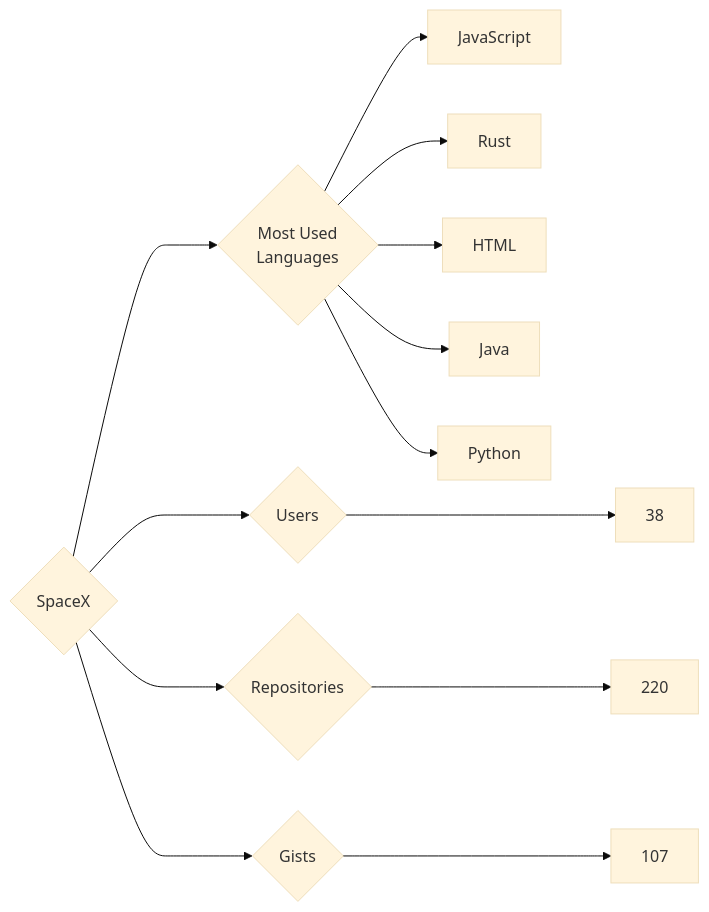
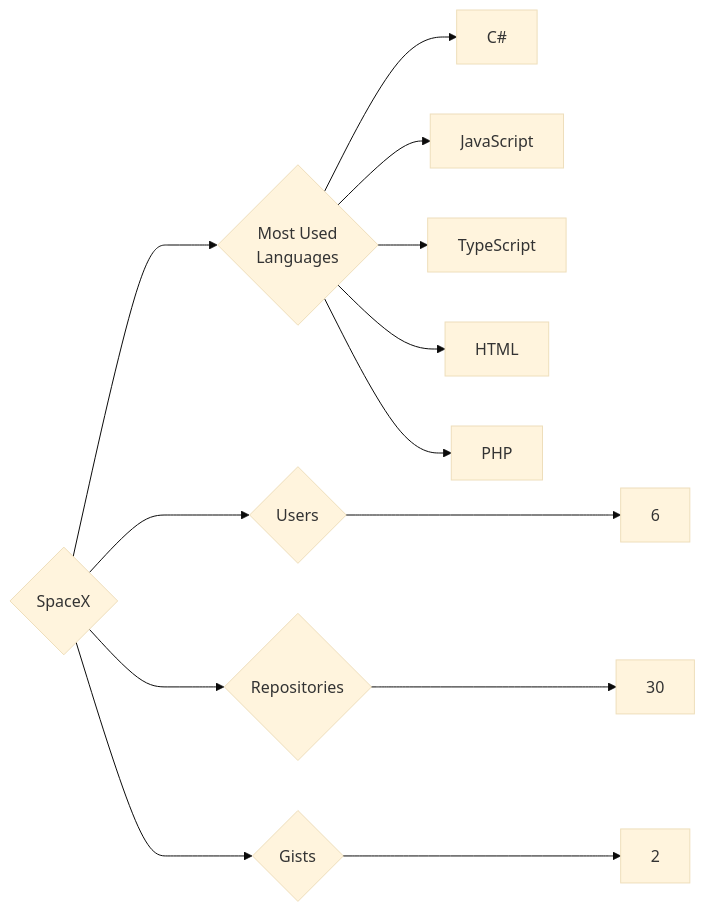
One commit to trickest/insiders changed the diagram in targets/SpaceX/README.md. Above: the diagram before and after it, drawn with Mermaid (base theme). The commit also changed 797 other files, not shown here.

````diff
--- a/targets/SpaceX/README.md
+++ b/targets/SpaceX/README.md
@@ -3,13 +3,13 @@
 ```mermaid
 graph LR
 COMPANY_NAME{SpaceX}
-COMPANY_NAME ---> U{Users} ---> UN[38]
-COMPANY_NAME ---> R{Repositories} ---> RN[220]
-COMPANY_NAME ---> G{Gists} ---> GN[107]
+COMPANY_NAME ---> U{Users} ---> UN[6]
+COMPANY_NAME ---> R{Repositories} ---> RN[30]
+COMPANY_NAME ---> G{Gists} ---> GN[2]
 COMPANY_NAME ---> ML{Most Used<br>Languages}
+ML --> C#[C#]
 ML --> JavaScript[JavaScript]
-ML --> Rust[Rust]
+ML --> TypeScript[TypeScript]
 ML --> HTML[HTML]
-ML --> Java[Java]
-ML --> Python[Python]
+ML --> PHP[PHP]
 ```
````
